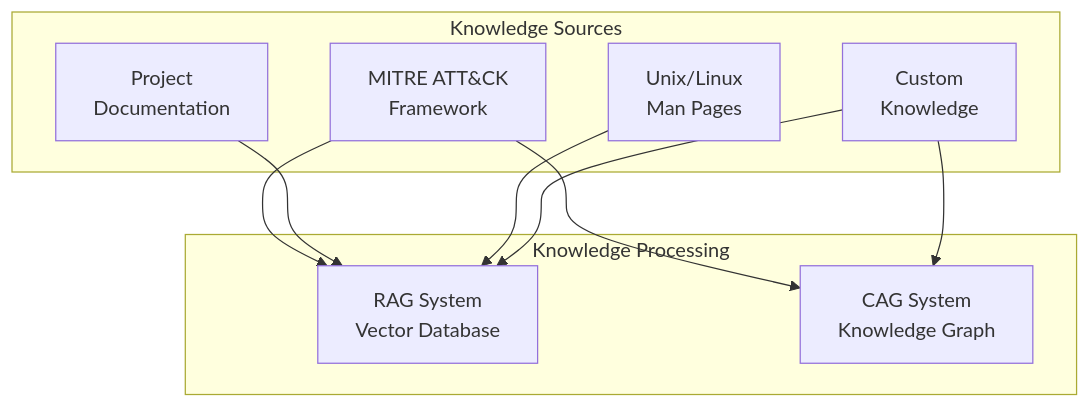
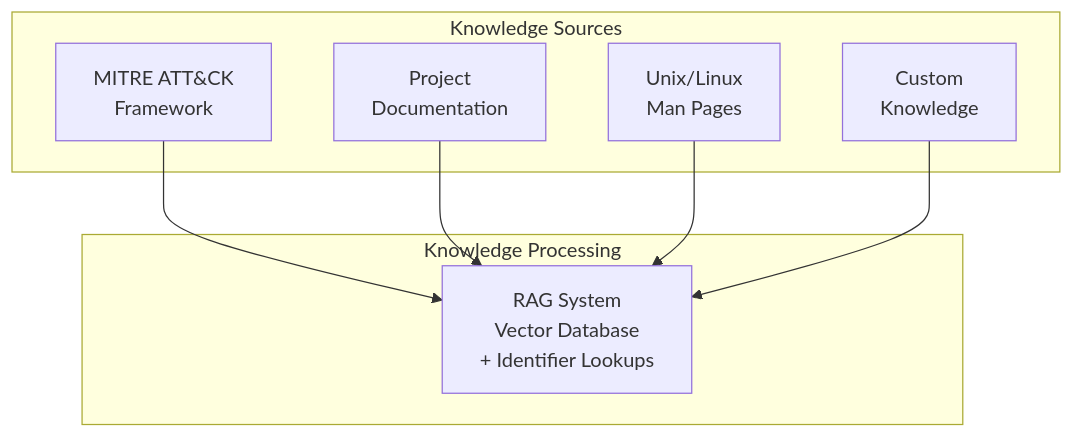
The eighth of 8 diagrams in docs/architecture.md (mission-deny-the-mission/opt_hackerbot), drawn with Mermaid before and after one commit. The commit also changed other lines of this file and 1 other file, not shown here.

````diff
--- a/docs/architecture.md
+++ b/docs/architecture.md
@@ -710,21 +783,18 @@
 ```mermaid
 graph TB
     subgraph "Knowledge Sources"
         MITRE[MITRE ATT&CK<br/>Framework]
         DOCS[Project<br/>Documentation]
         MAN_PAGES[Unix/Linux<br/>Man Pages]
         CUSTOM[Custom<br/>Knowledge]
     end
     
     subgraph "Knowledge Processing"
-        RAG[RAG System<br/>Vector Database]
-        CAG[CAG System<br/>Knowledge Graph]
+        RAG[RAG System<br/>Vector Database<br/>+ Identifier Lookups]
     end
     
     MITRE --> RAG
-    MITRE --> CAG
     DOCS --> RAG
     MAN_PAGES --> RAG
     CUSTOM --> RAG
-    CUSTOM --> CAG
 ```
````
